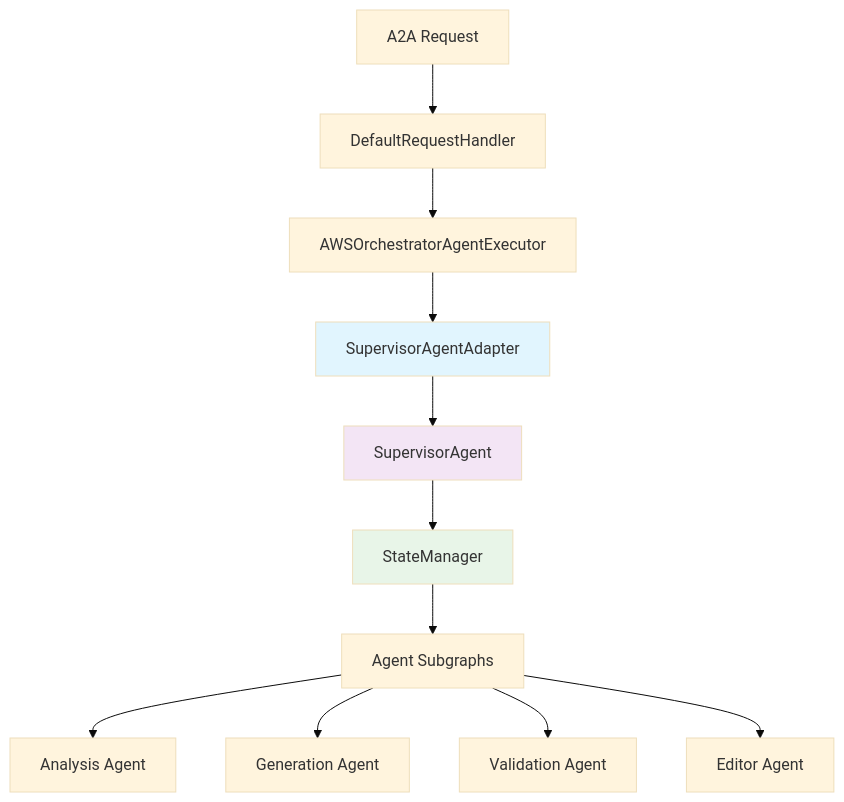
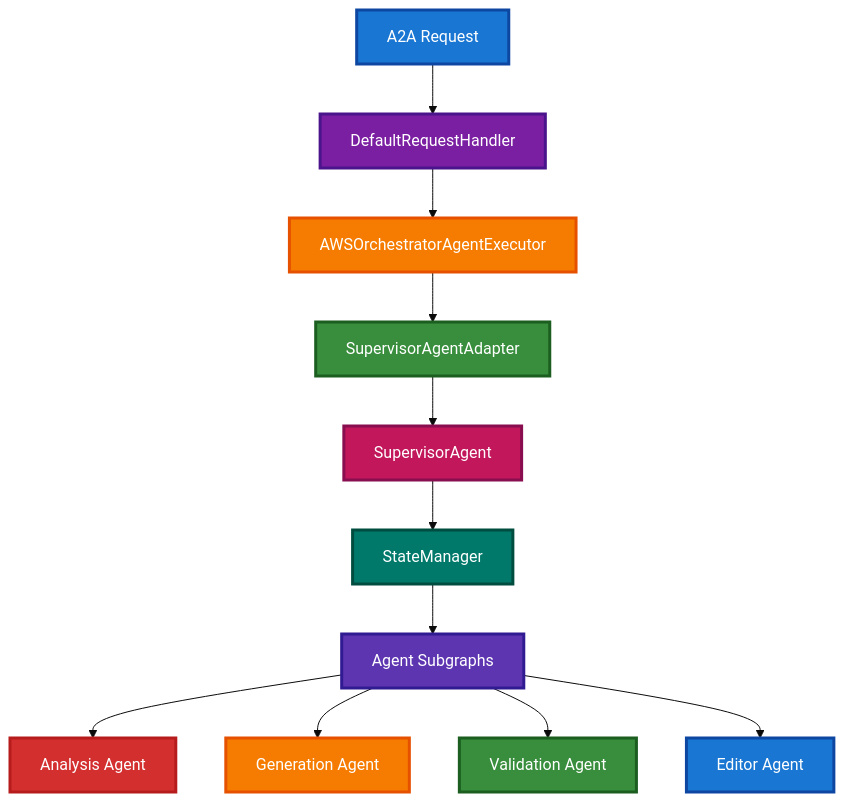
One commit to talkops-ai/aws-orchestrator-agent changed the second of 3 diagrams in README.md. Above: the diagram before and after it, drawn with Mermaid (base theme). The commit also changed other lines of this file, not shown here.

Commit message:
change background color of mermaid diagram so that it can be visible

````diff
--- a/README.md
+++ b/README.md
@@ -125,18 +125,26 @@
 ```mermaid
 graph TD
     A[A2A Request] --> B[DefaultRequestHandler]
     B --> C[AWSOrchestratorAgentExecutor]
     C --> D[SupervisorAgentAdapter]
     D --> E[SupervisorAgent]
     E --> F[StateManager]
     F --> G[Agent Subgraphs]
     
     G --> H[Analysis Agent]
     G --> I[Generation Agent]
     G --> J[Validation Agent]
     G --> K[Editor Agent]
     
-    style D fill:#e1f5fe
-    style E fill:#f3e5f5
-    style F fill:#e8f5e8
+    style A fill:#1976d2,stroke:#0d47a1,stroke-width:3px,color:#fff
+    style B fill:#7b1fa2,stroke:#4a148c,stroke-width:3px,color:#fff
+    style C fill:#f57c00,stroke:#e65100,stroke-width:3px,color:#fff
+    style D fill:#388e3c,stroke:#1b5e20,stroke-width:3px,color:#fff
+    style E fill:#c2185b,stroke:#880e4f,stroke-width:3px,color:#fff
+    style F fill:#00796b,stroke:#004d40,stroke-width:3px,color:#fff
+    style G fill:#5e35b1,stroke:#311b92,stroke-width:3px,color:#fff
+    style H fill:#d32f2f,stroke:#b71c1c,stroke-width:3px,color:#fff
+    style I fill:#f57c00,stroke:#e65100,stroke-width:3px,color:#fff
+    style J fill:#388e3c,stroke:#1b5e20,stroke-width:3px,color:#fff
+    style K fill:#1976d2,stroke:#0d47a1,stroke-width:3px,color:#fff
 ```
````
